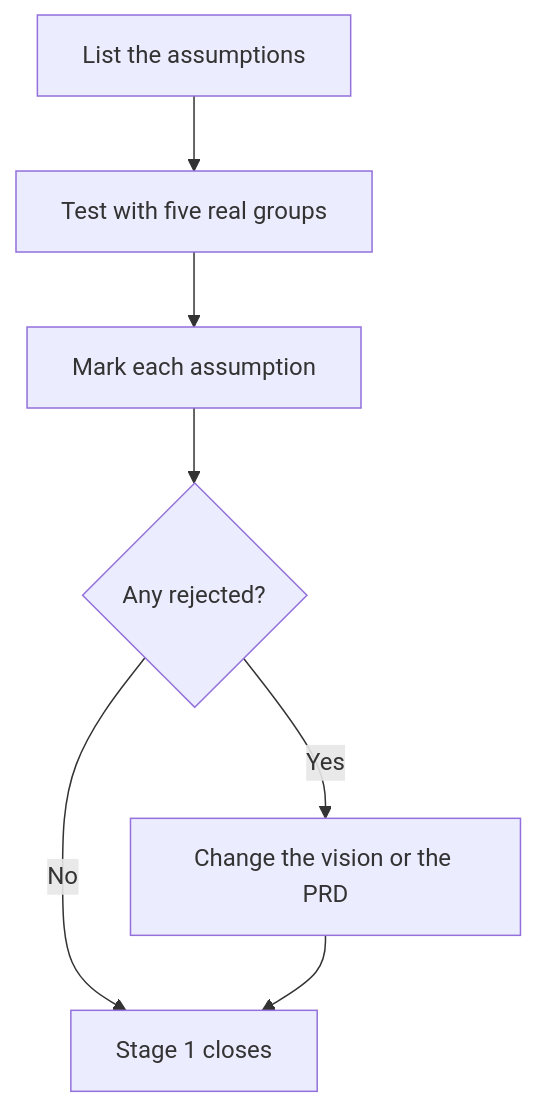
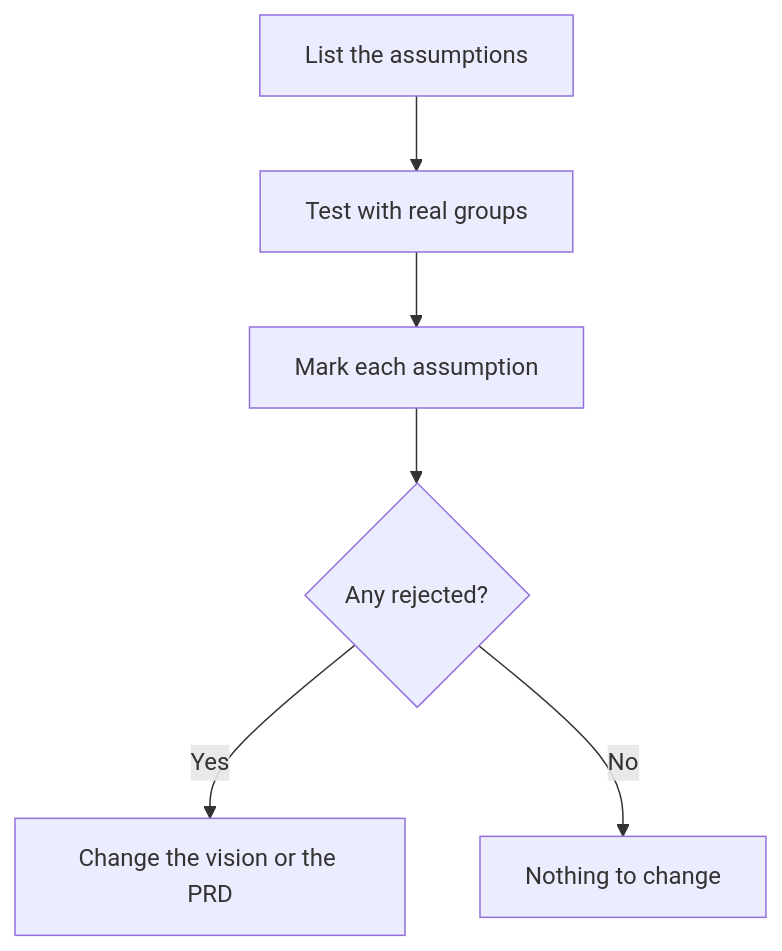
The diagram in docs/discovery.md (huynguyennang-agilityio/tripmate-docs), drawn with Mermaid before and after one commit. The commit also changed other lines of this file and 1 other file, not shown here.

Commit message:
Close Stage 1: five sessions waived by the product owner (discovery v1.1, vision v1.7 Approved)

````diff
--- a/docs/discovery.md
+++ b/docs/discovery.md
@@ -27,9 +36,8 @@
 ```mermaid
 flowchart TD
-    A["List the assumptions"] --> B["Test with five real groups"]
+    A["List the assumptions"] --> B["Test with real groups"]
     B --> C["Mark each assumption"]
     C --> D{"Any rejected?"}
     D -->|Yes| E["Change the vision or the PRD"]
-    D -->|No| F["Stage 1 closes"]
-    E --> F
+    D -->|No| F["Nothing to change"]
 ```
````
